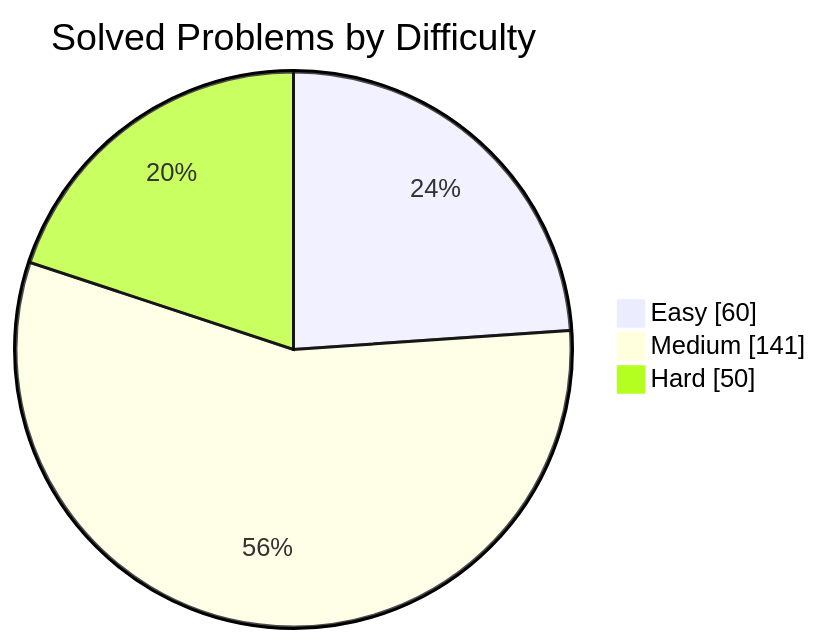
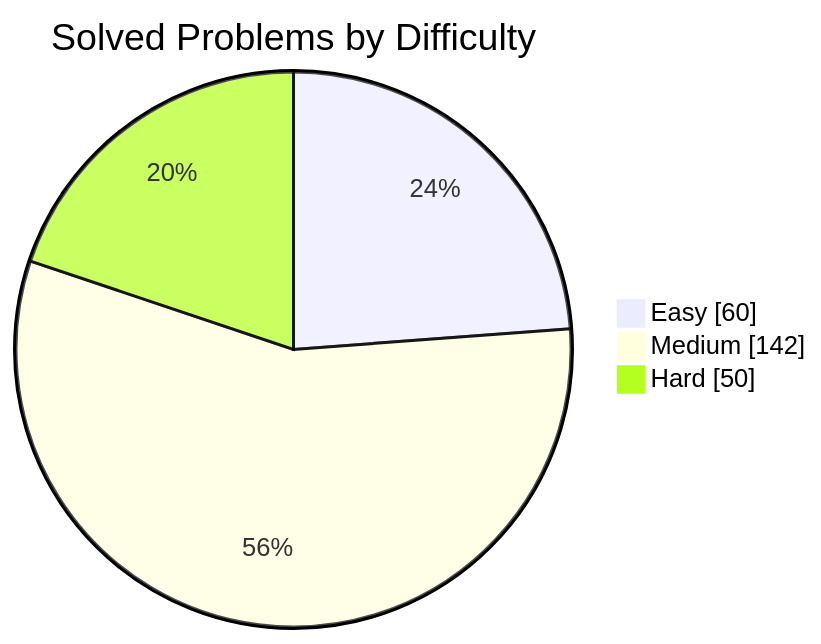
The first of 2 diagrams in README.md (manikantbindass/DSA-Preparation-FAANG), drawn with Mermaid before and after one commit. The commit also changed other lines of this file and 1 other file, not shown here.

````diff
--- a/README.md
+++ b/README.md
@@ -42,7 +42,7 @@
 ```mermaid
 pie showData
     title Solved Problems by Difficulty
     "Easy" : 60
-    "Medium" : 141
+    "Medium" : 142
     "Hard" : 50
 ```
````
